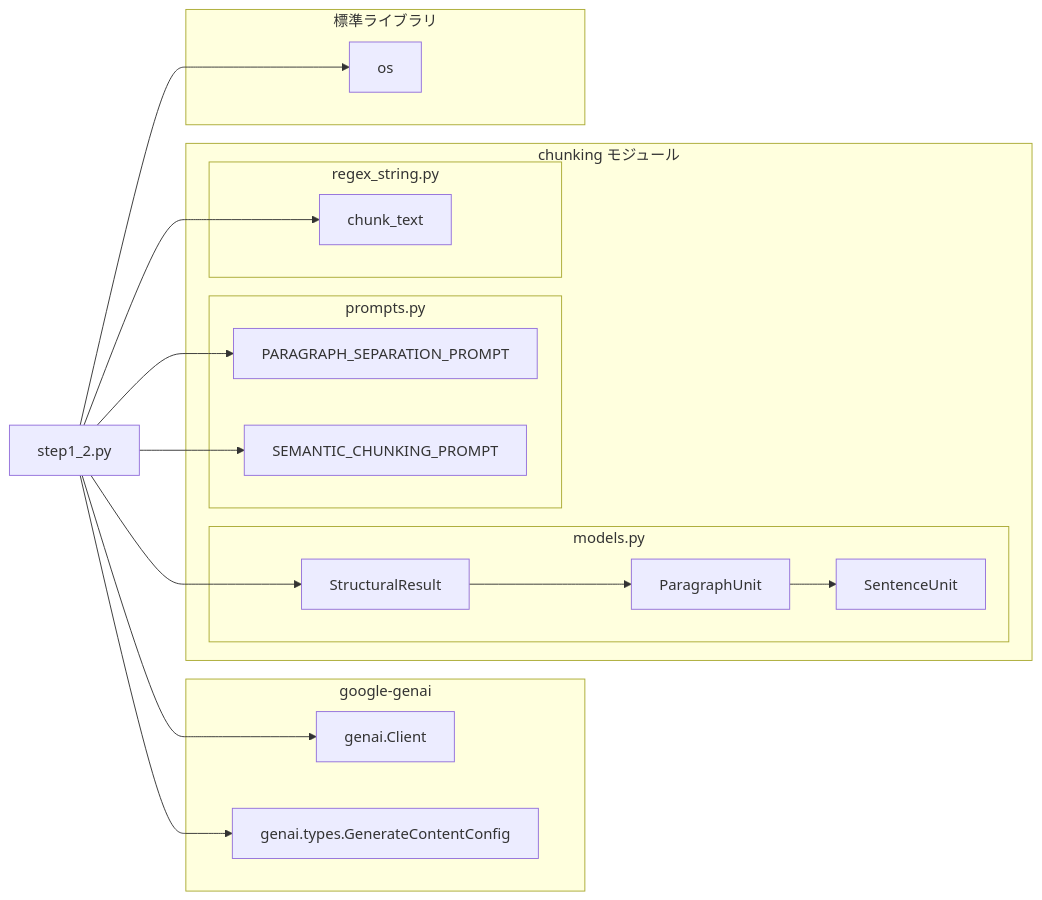
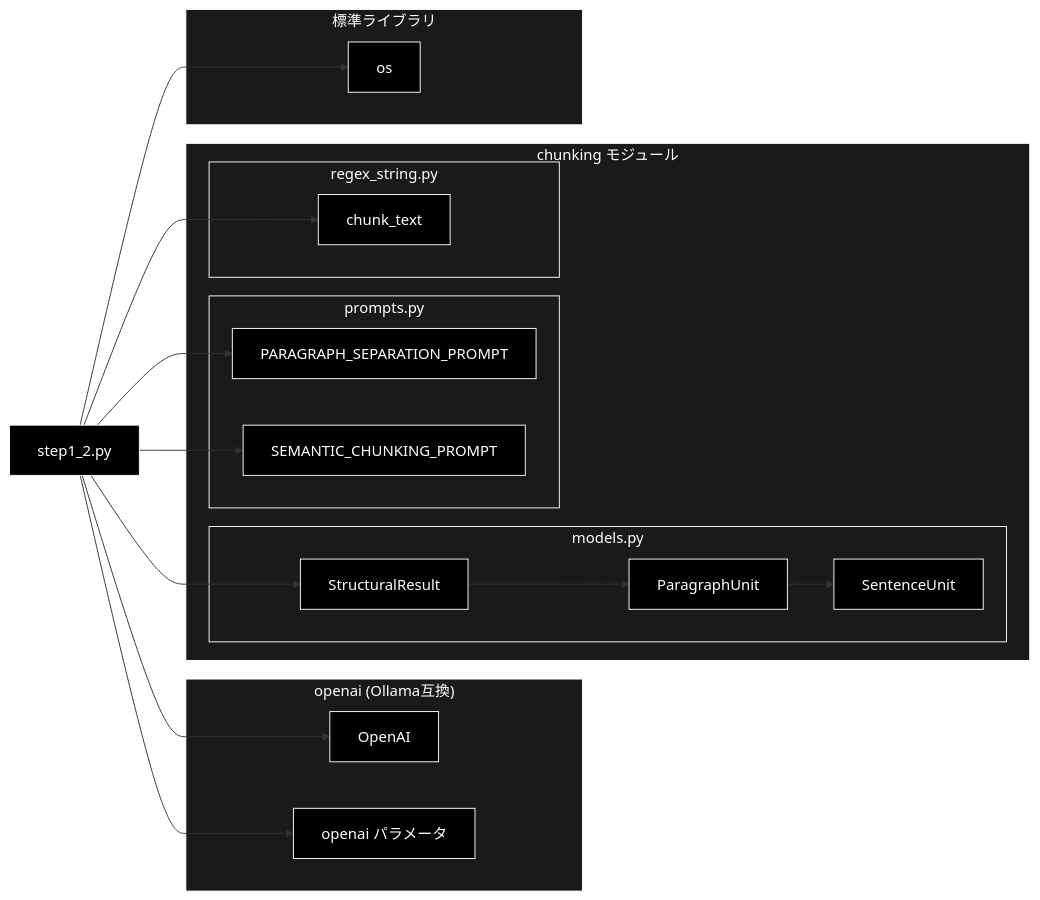
The third of 4 diagrams in chunking/doc/step1_2.md (nakashima2toshio/ollama_grace_agent_v2), drawn with Mermaid before and after one commit. The commit also changed other lines of this file and 13 other files, not shown here.

````diff
--- a/chunking/doc/step1_2.md
+++ b/chunking/doc/step1_2.md
@@ -559,38 +571,47 @@
 ```mermaid
 flowchart LR
     STEP12[step1_2.py]
 
-    subgraph GOOGLE["google-genai"]
-        GENAI[genai.Client]
-        TYPES[genai.types.GenerateContentConfig]
+    subgraph GOOGLE["openai (Ollama互換)"]
+        GENAI[OpenAI]
+        TYPES[openai パラメータ]
     end
 
     subgraph CHUNKING["chunking モジュール"]
         subgraph MODELS["models.py"]
             SR[StructuralResult]
             PU[ParagraphUnit]
             SU[SentenceUnit]
         end
         subgraph PROMPTS["prompts.py"]
             PSP[PARAGRAPH_SEPARATION_PROMPT]
             SCP[SEMANTIC_CHUNKING_PROMPT]
         end
         subgraph REGEX["regex_string.py"]
             CT[chunk_text]
         end
     end
 
     subgraph STDLIB["標準ライブラリ"]
         OS[os]
     end
 
     STEP12 --> GENAI
     STEP12 --> TYPES
     STEP12 --> SR
     SR --> PU
     PU --> SU
     STEP12 --> PSP
     STEP12 --> SCP
     STEP12 --> CT
     STEP12 --> OS
+classDef default fill:#000,stroke:#fff,color:#fff
+classDef subgraphStyle fill:#1a1a1a,stroke:#fff,color:#fff
+class STEP12,GENAI,TYPES,SR,PU,SU,PSP,SCP,CT,OS default
+style GOOGLE fill:#1a1a1a,stroke:#fff,color:#fff
+style CHUNKING fill:#1a1a1a,stroke:#fff,color:#fff
+style MODELS fill:#1a1a1a,stroke:#fff,color:#fff
+style PROMPTS fill:#1a1a1a,stroke:#fff,color:#fff
+style REGEX fill:#1a1a1a,stroke:#fff,color:#fff
+style STDLIB fill:#1a1a1a,stroke:#fff,color:#fff
 ```
````
